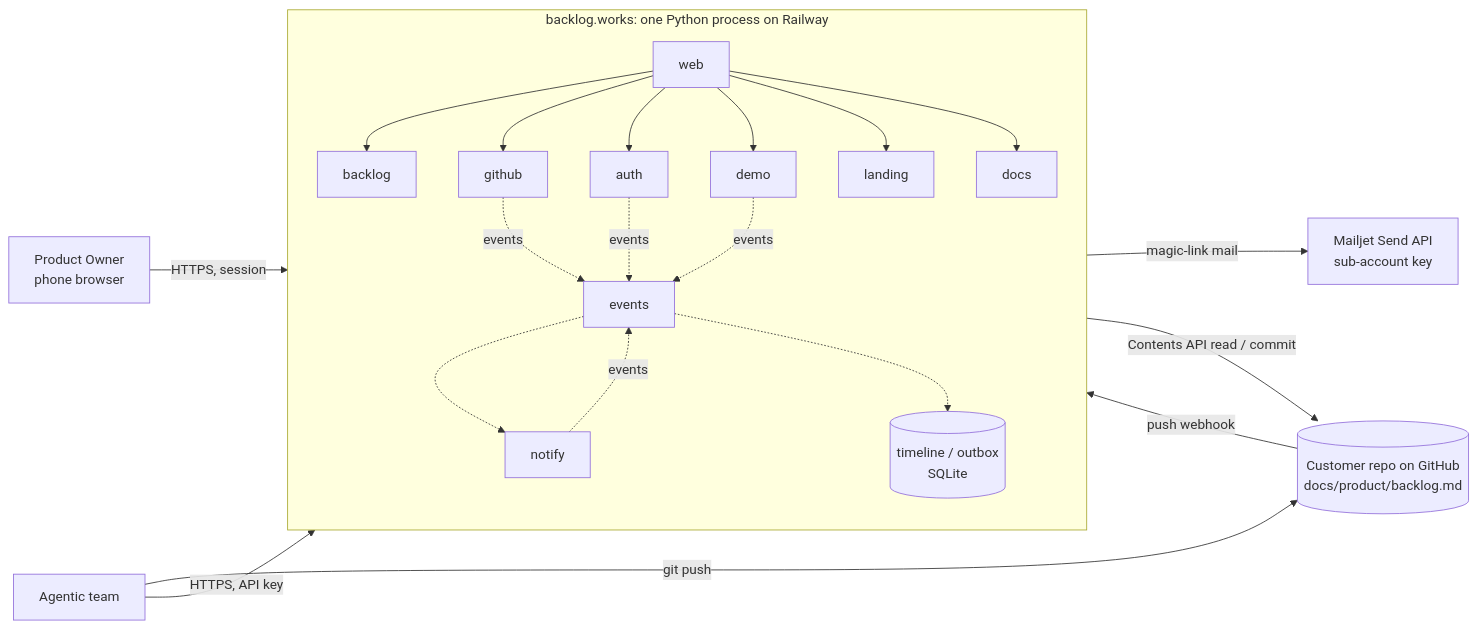
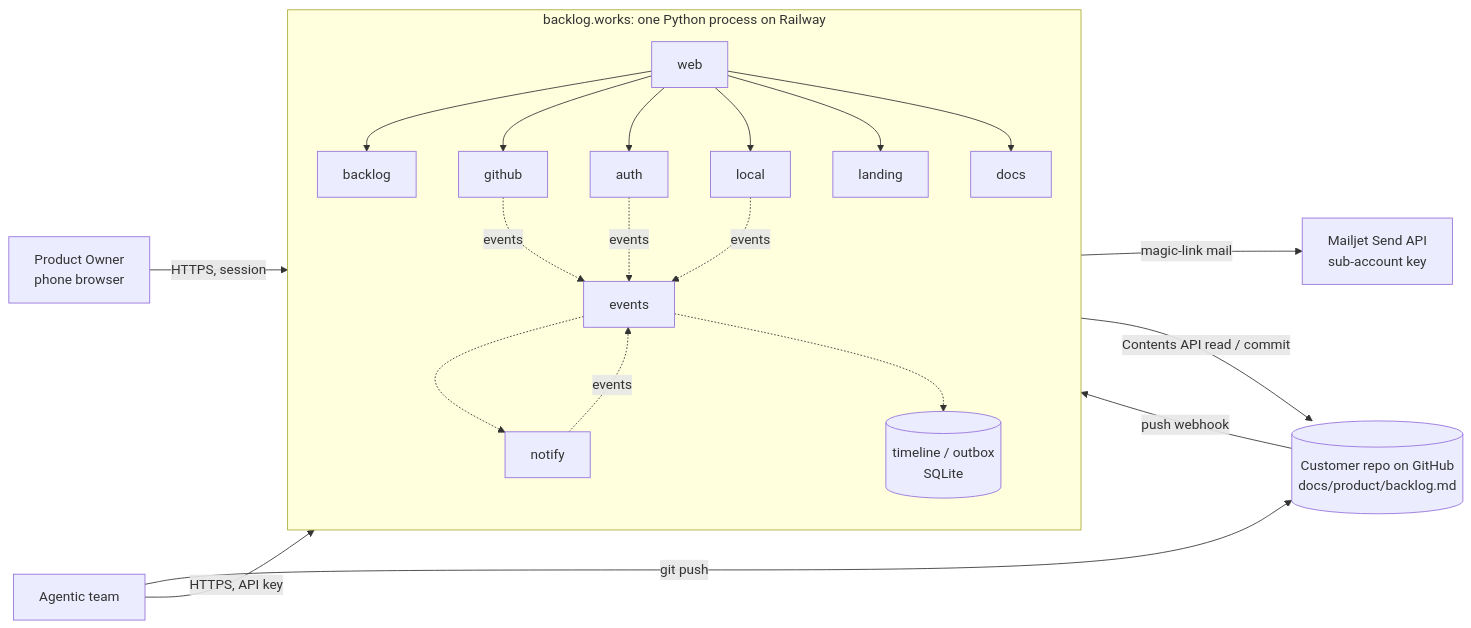
The first of 2 diagrams in docs/architecture.md (priaby/backlog-works), drawn with Mermaid before and after one commit. The commit also changed other lines of this file and 18 other files, not shown here.

First line of the commit message:
feat: local block serves this repo's backlog; demo removed

````diff
--- a/docs/architecture.md
+++ b/docs/architecture.md
@@ -31,15 +31,15 @@
 ```mermaid
 flowchart LR
   PO[Product Owner<br/>phone browser] -->|HTTPS, session| BW
   AG[Agentic team] -->|HTTPS, API key| BW
   AG -->|git push| GH[(Customer repo on GitHub<br/>docs/product/backlog.md)]
   GH -->|push webhook| BW
   subgraph BW[backlog.works: one Python process on Railway]
     direction TB
-    web --> backlog & github & auth & demo & landing & docs
-    github & auth & notify & demo -.->|events| events
+    web --> backlog & github & auth & local & landing & docs
+    github & auth & notify & local -.->|events| events
     events -.-> notify & timeline[(timeline / outbox<br/>SQLite)]
   end
   BW -->|Contents API read / commit| GH
   notify -->|magic-link mail| MAIL[Mailjet Send API<br/>sub-account key]
 ```
````
